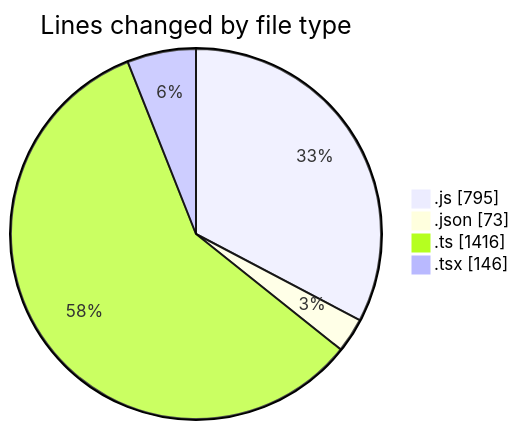
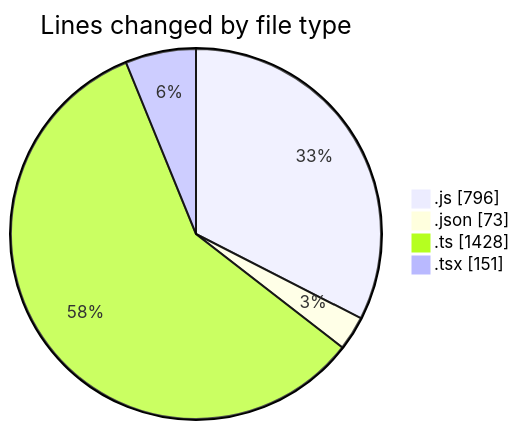
Before and after one commit to momahboobian/code-tracking: the first of 2 diagrams in 2026-03-23/cda/README.md, drawn with Mermaid. The commit also changed other lines of this file and 1 other file, not shown here.

````diff
--- a/2026-03-23/cda/README.md
+++ b/2026-03-23/cda/README.md
@@ -28,8 +28,8 @@
 ```mermaid
 pie showData
 title Lines changed by file type
-".js" : 795
+".js" : 796
 ".json" : 73
-".ts" : 1416
-".tsx" : 146
+".ts" : 1428
+".tsx" : 151
 ```
````
